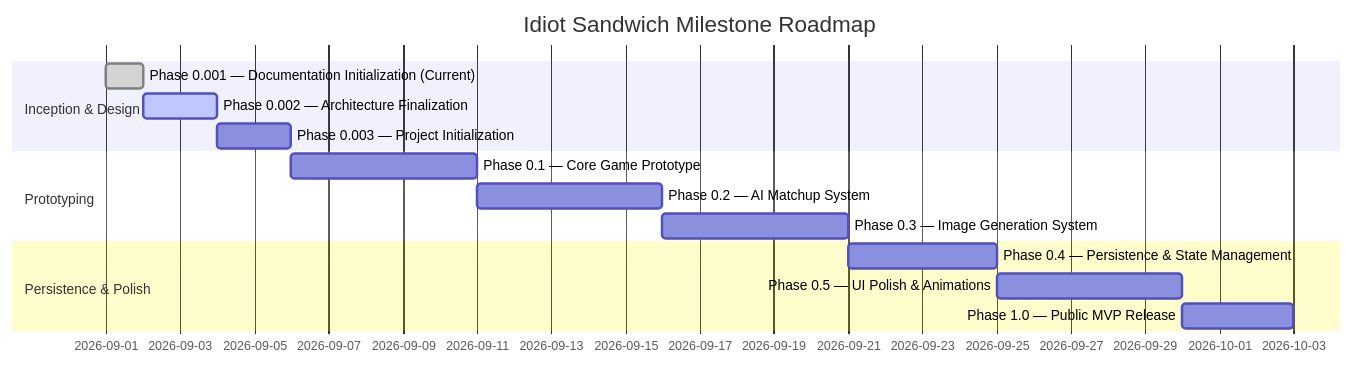
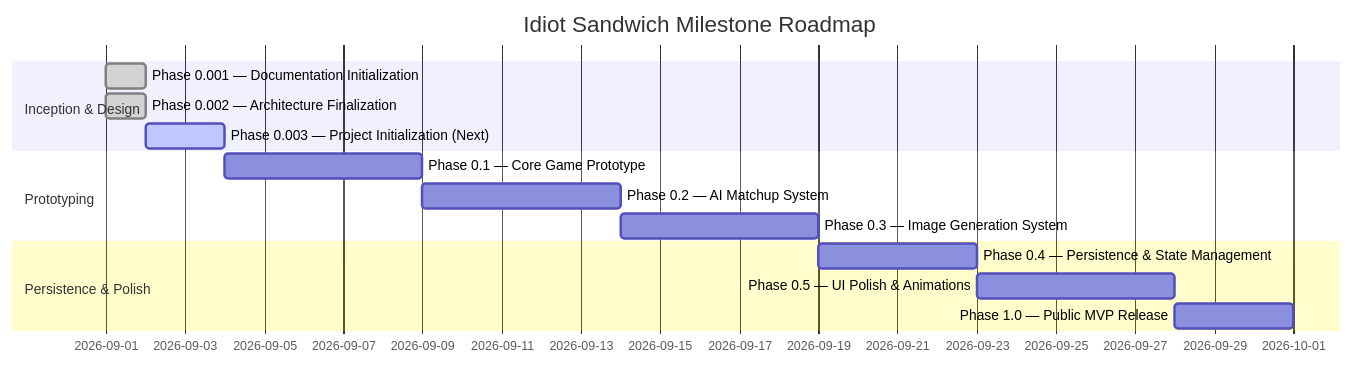
One commit to Abhaynegi1/Idiot-Sandwich- changed the diagram in docs/ROADMAP.md. Above: the diagram before and after it, drawn with Mermaid. The commit also changed other lines of this file and 5 other files, not shown here.

Commit message:
docs: finalize Phase 0.002 architecture decisions

````diff
--- a/docs/ROADMAP.md
+++ b/docs/ROADMAP.md
@@ -9,17 +9,17 @@
 ```mermaid
 gantt
     title Idiot Sandwich Milestone Roadmap
     dateFormat  YYYY-MM
     section Inception & Design
-    Phase 0.001 — Documentation Initialization (Current) :done, p1, 2026-09, 1d
-    Phase 0.002 — Architecture Finalization               :active, p2, after p1, 2d
-    Phase 0.003 — Project Initialization                  :p3, after p2, 2d
+    Phase 0.001 — Documentation Initialization           :done, p1, 2026-09, 1d
+    Phase 0.002 — Architecture Finalization               :done, p2, 2026-09, 1d
+    Phase 0.003 — Project Initialization (Next)          :active, p3, after p2, 2d
     section Prototyping
     Phase 0.1   — Core Game Prototype                    :p4, after p3, 5d
     Phase 0.2   — AI Matchup System                      :p5, after p4, 5d
     Phase 0.3   — Image Generation System                :p6, after p5, 5d
     section Persistence & Polish
     Phase 0.4   — Persistence & State Management         :p7, after p6, 4d
     Phase 0.5   — UI Polish & Animations                 :p8, after p7, 5d
     Phase 1.0   — Public MVP Release                     :p9, after p8, 3d
 ```
````
